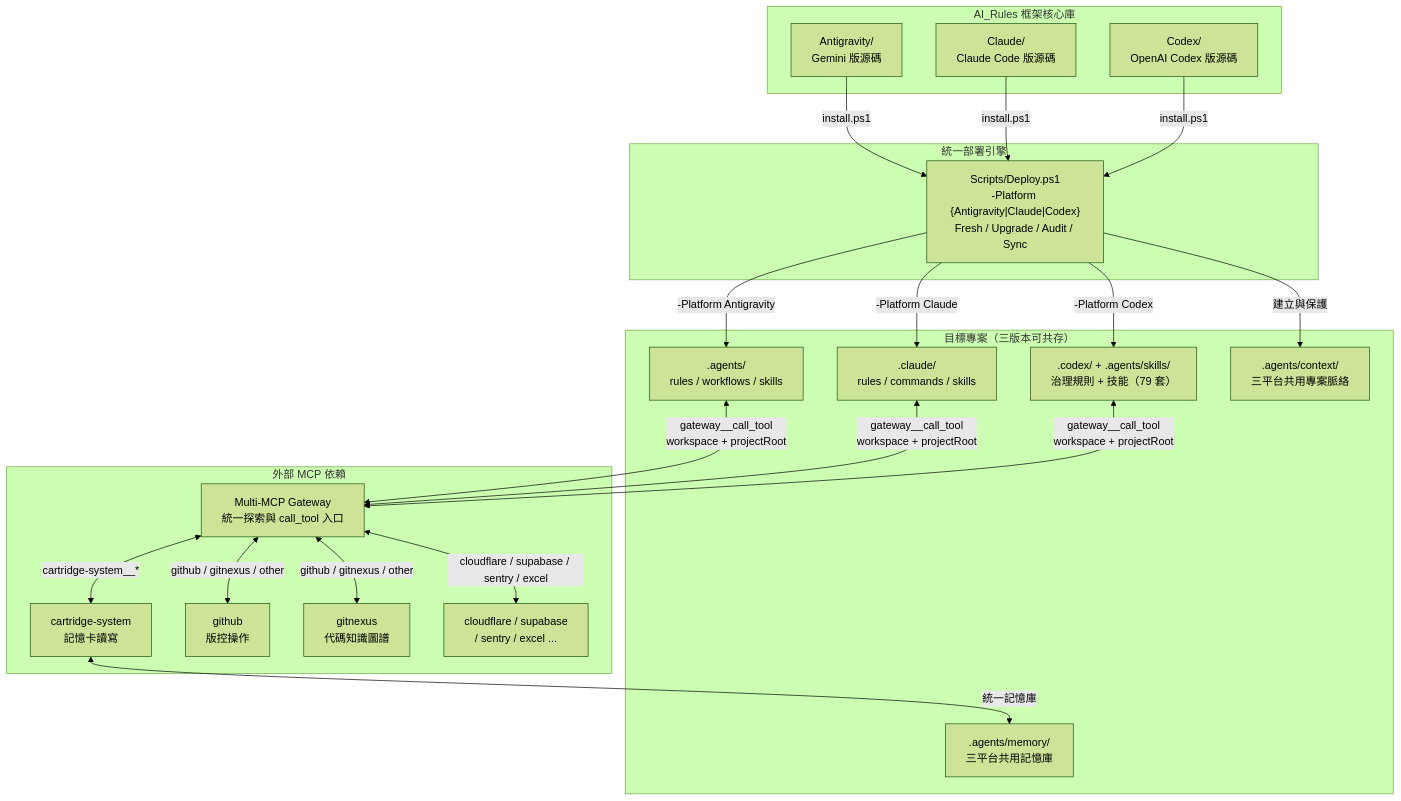
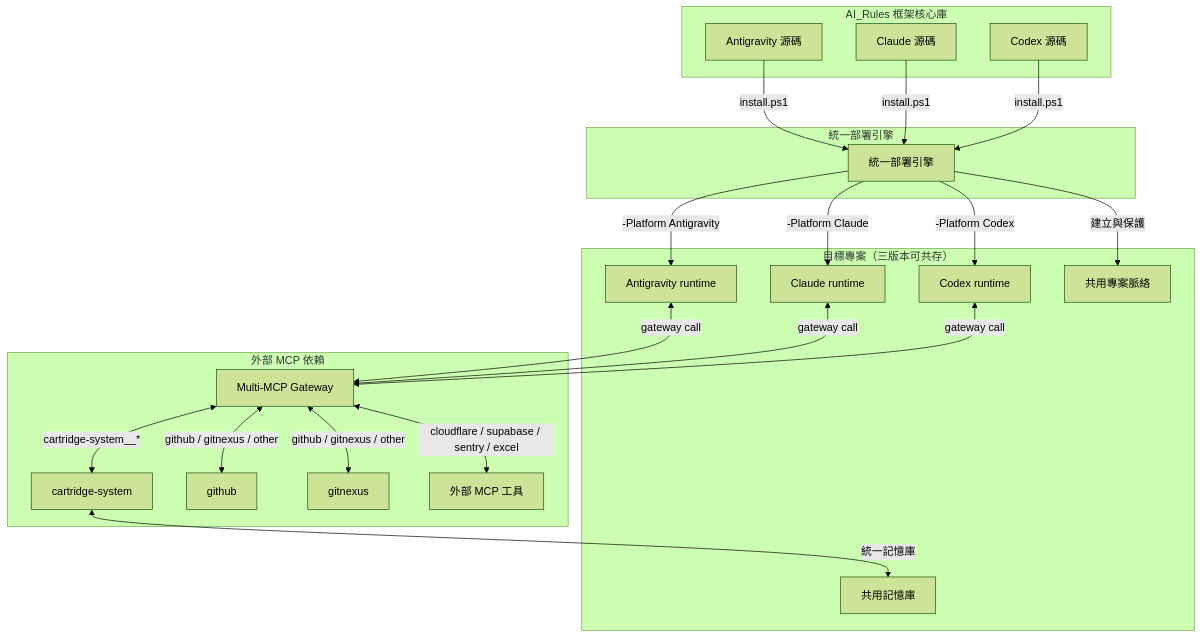
The first of 3 diagrams in README.md (Kunshao1117/AI_Rules), drawn with Mermaid (forest theme) before and after one commit. The commit also changed other lines of this file and 1 other file, not shown here.

````diff
--- a/README.md
+++ b/README.md
@@ -264,44 +393,44 @@
 ```mermaid
 graph TB
     subgraph "AI_Rules 框架核心庫"
-        AG["Antigravity/<br/>Gemini 版源碼"]
-        CL["Claude/<br/>Claude Code 版源碼"]
-        CX["Codex/<br/>OpenAI Codex 版源碼"]
+        AG["Antigravity 源碼"]
+        CL["Claude 源碼"]
+        CX["Codex 源碼"]
     end
 
     subgraph "統一部署引擎"
-        DEPLOY["Scripts/Deploy.ps1<br/>-Platform {Antigravity|Claude|Codex}<br/>Fresh / Upgrade / Audit / Sync"]
+        DEPLOY["統一部署引擎"]
     end
 
     subgraph "目標專案（三版本可共存）"
-        AGE[".agents/<br/>rules / workflows / skills"]
-        CLE[".claude/<br/>rules / commands / skills"]
-        CXE[".codex/ + .agents/skills/<br/>治理規則 + 技能（79 套）"]
-        MEM[".agents/memory/<br/>三平台共用記憶庫"]
-        CTX[".agents/context/<br/>三平台共用專案脈絡"]
+        AGE["Antigravity runtime"]
+        CLE["Claude runtime"]
+        CXE["Codex runtime"]
+        MEM["共用記憶庫"]
+        CTX["共用專案脈絡"]
     end
 
     subgraph "外部 MCP 依賴"
-        GW["Multi-MCP Gateway<br/>統一探索與 call_tool 入口"]
-        CART["cartridge-system<br/>記憶卡讀寫"]
-        GH["github<br/>版控操作"]
-        GN["gitnexus<br/>代碼知識圖譜"]
-        OTHER["cloudflare / supabase<br/>/ sentry / excel ..."]
+        GW["Multi-MCP Gateway"]
+        CART["cartridge-system"]
+        GH["github"]
+        GN["gitnexus"]
+        OTHER["外部 MCP 工具"]
     end
 
     AG -->|"install.ps1"| DEPLOY
     CL -->|"install.ps1"| DEPLOY
     CX -->|"install.ps1"| DEPLOY
     DEPLOY -->|"-Platform Antigravity"| AGE
     DEPLOY -->|"-Platform Claude"| CLE
     DEPLOY -->|"-Platform Codex"| CXE
-    AGE <-->|"gateway__call_tool<br/>workspace + projectRoot"| GW
-    CLE <-->|"gateway__call_tool<br/>workspace + projectRoot"| GW
-    CXE <-->|"gateway__call_tool<br/>workspace + projectRoot"| GW
+    AGE <-->|"gateway call"| GW
+    CLE <-->|"gateway call"| GW
+    CXE <-->|"gateway call"| GW
     GW <-->|"cartridge-system__*"| CART
     GW <-->|"github / gitnexus / other"| GH
     GW <-->|"github / gitnexus / other"| GN
     GW <-->|"cloudflare / supabase / sentry / excel"| OTHER
     CART <-->|"統一記憶庫"| MEM
     DEPLOY -->|"建立與保護"| CTX
 ```
````
